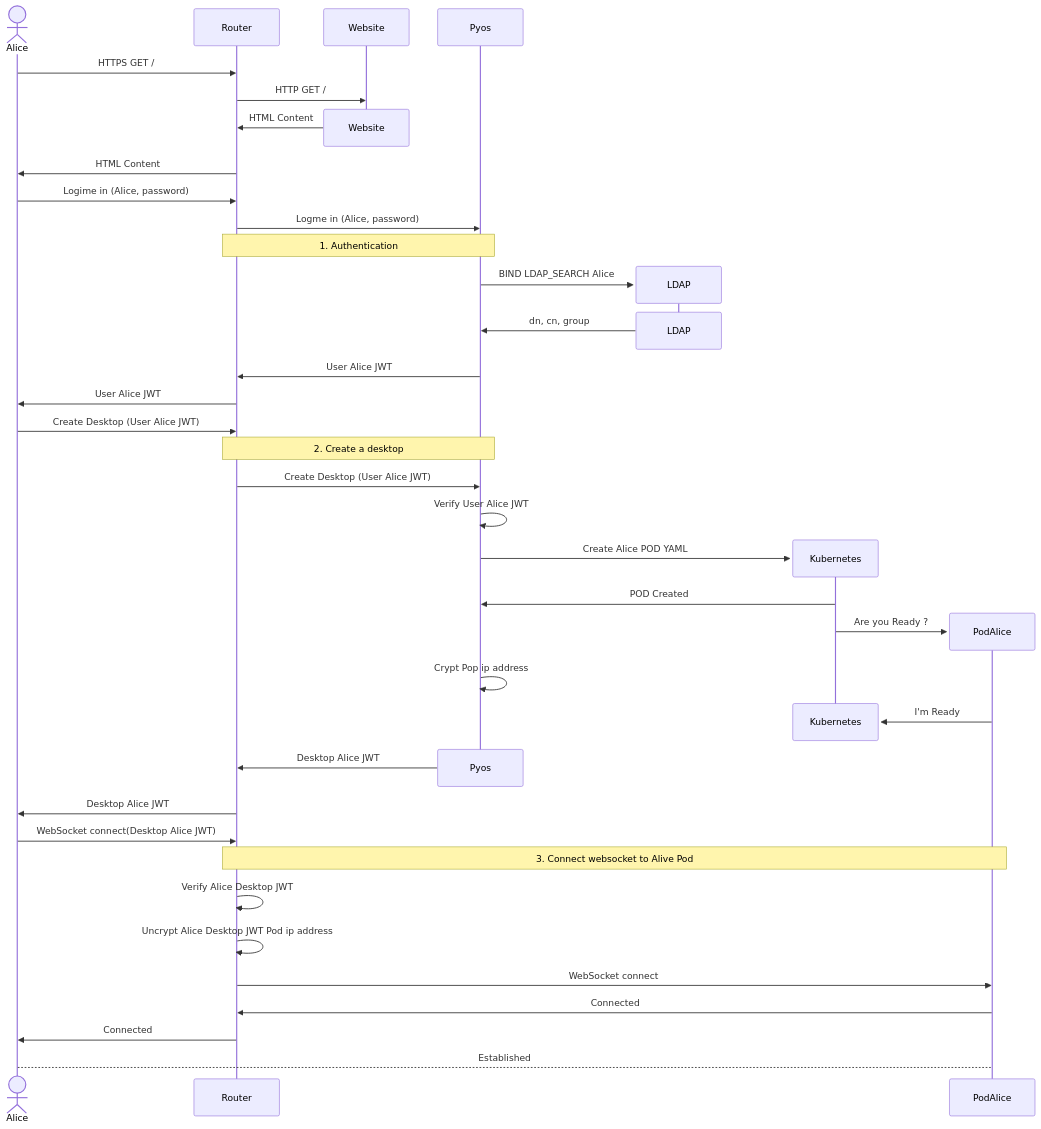
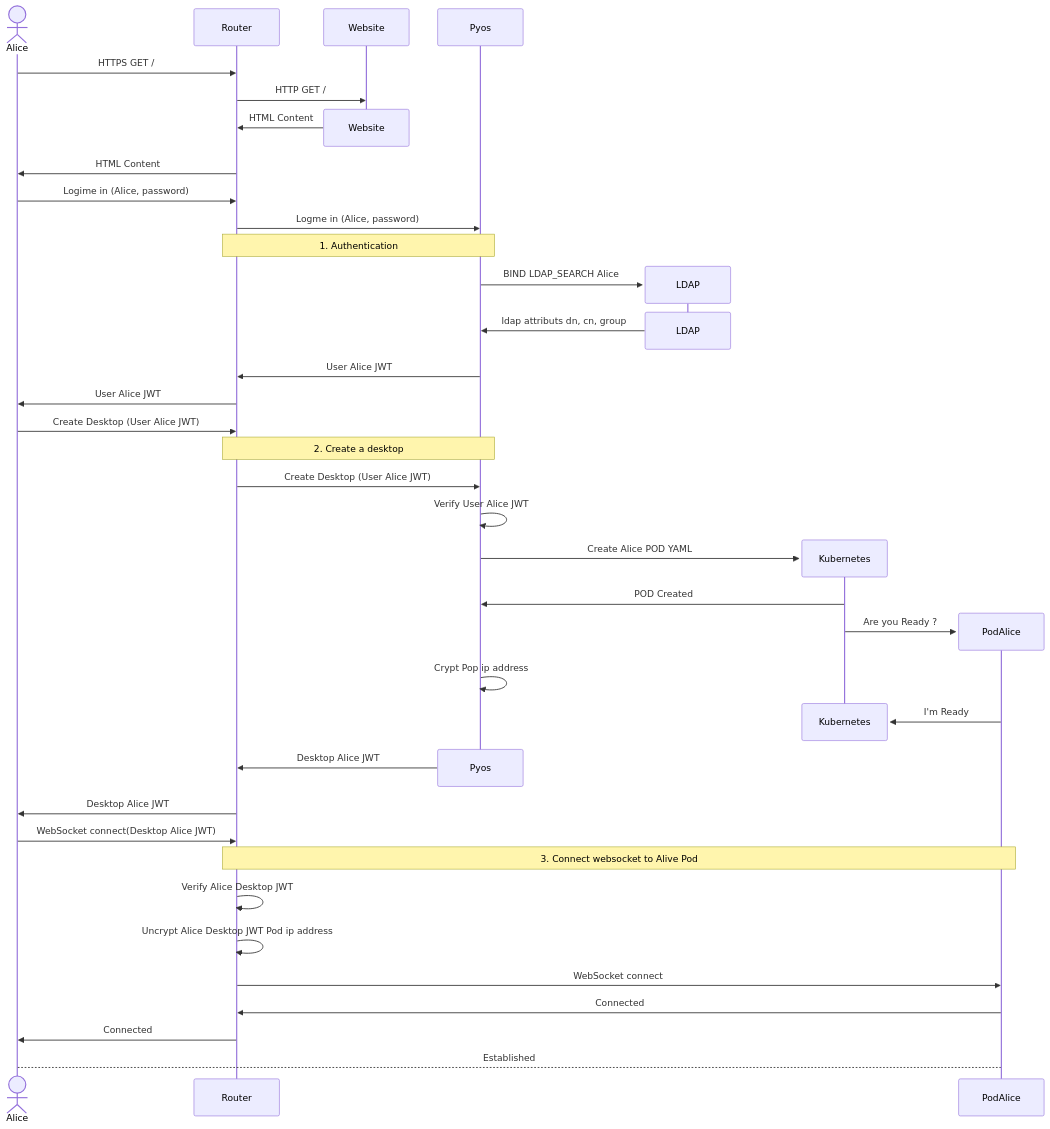
Before and after one commit to abcdesktopio/docs: the diagram in opsdocs/docs/architecture.md, drawn with Mermaid. The commit also changed other lines of this file, not shown here.

````diff
--- a/opsdocs/docs/architecture.md
+++ b/opsdocs/docs/architecture.md
@@ -6,41 +6,41 @@
 ``` mermaid
 sequenceDiagram
     actor Alice
     Alice->>Router: HTTPS GET /
     Router->>Website: HTTP GET /
     destroy Website
     Website->>Router: HTML Content
     Router->>Alice: HTML Content
     Alice->>Router: Logime in (Alice, password)
     Router->>Pyos: Logme in (Alice, password)
     Note over Router,Pyos: 1. Authentication
     Create participant LDAP
     Pyos->>LDAP: BIND LDAP_SEARCH Alice
     destroy LDAP
-    LDAP->>Pyos: dn, cn, group
+    LDAP->>Pyos: ldap attributs dn, cn, group
     Pyos->>Router: User Alice JWT
     Router->>Alice: User Alice JWT
     Alice->>Router: Create Desktop (User Alice JWT)
     Note over Router,Pyos: 2. Create a desktop
     Router->>Pyos: Create Desktop (User Alice JWT)
     Pyos->>Pyos: Verify User Alice JWT
     Create participant Kubernetes
     Pyos->>Kubernetes: Create Alice POD YAML
     Kubernetes->>Pyos: POD Created
     Create participant PodAlice
     Kubernetes->>PodAlice: Are you Ready ?
     Pyos->>Pyos: Crypt Pop ip address
     destroy Kubernetes
     PodAlice->>Kubernetes: I'm Ready
     destroy Pyos
     Pyos->>Router: Desktop Alice JWT
     Router->>Alice: Desktop Alice JWT
     Alice->>Router: WebSocket connect(Desktop Alice JWT)
     Note over Router,PodAlice: 3. Connect websocket to Alive Pod
     Router->>Router: Verify Alice Desktop JWT
     Router->>Router: Uncrypt Alice Desktop JWT Pod ip address
     Router->>PodAlice: WebSocket connect
     PodAlice->>Router: Connected
     Router->>Alice: Connected
     Alice-->PodAlice: Established
 ```
````
